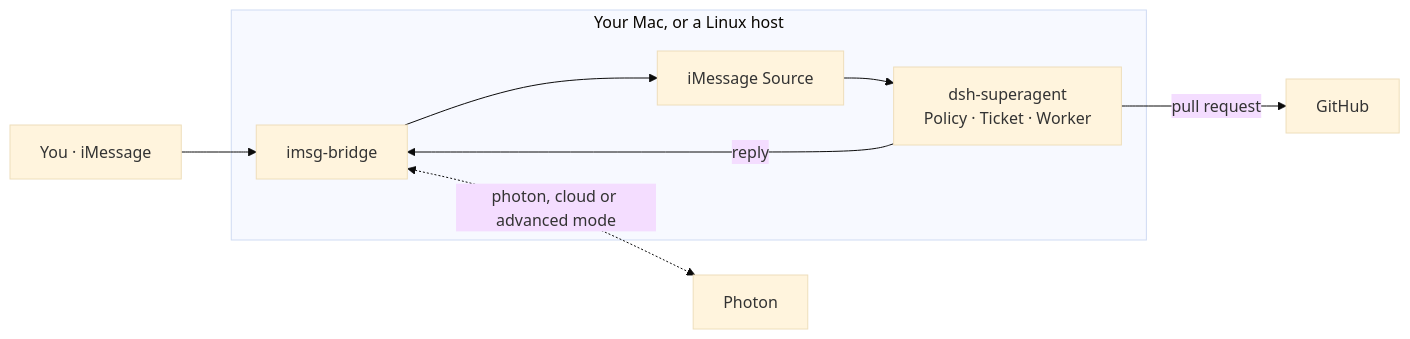
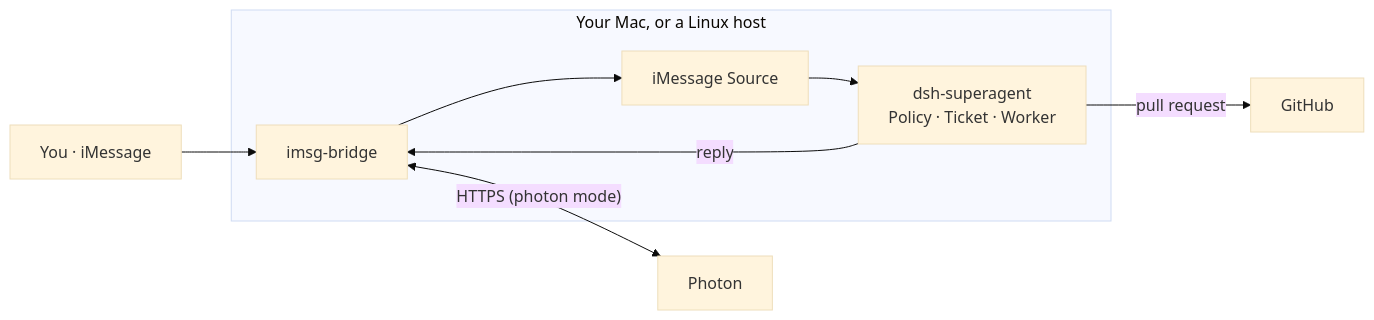
The diagram in README.md (wiva-hq/superagent-imessage), drawn with Mermaid (base theme) before and after one commit. The commit also changed other lines of this file, not shown here.

````diff
--- a/README.md
+++ b/README.md
@@ -88,10 +104,10 @@
 ```mermaid
 flowchart LR
   Y["You · iMessage"] --> L
   subgraph host["Your Mac, or a Linux host"]
     L["imsg-bridge"] --> S["iMessage Source"] --> A["dsh-superagent<br>Policy · Ticket · Worker"]
     A -- "reply" --> L
   end
-  L <-. "photon, cloud or advanced mode" .-> P["Photon"]
+  L <-- "HTTPS (photon mode)" --> P["Photon"]
   A -- "pull request" --> G["GitHub"]
 ```
````
